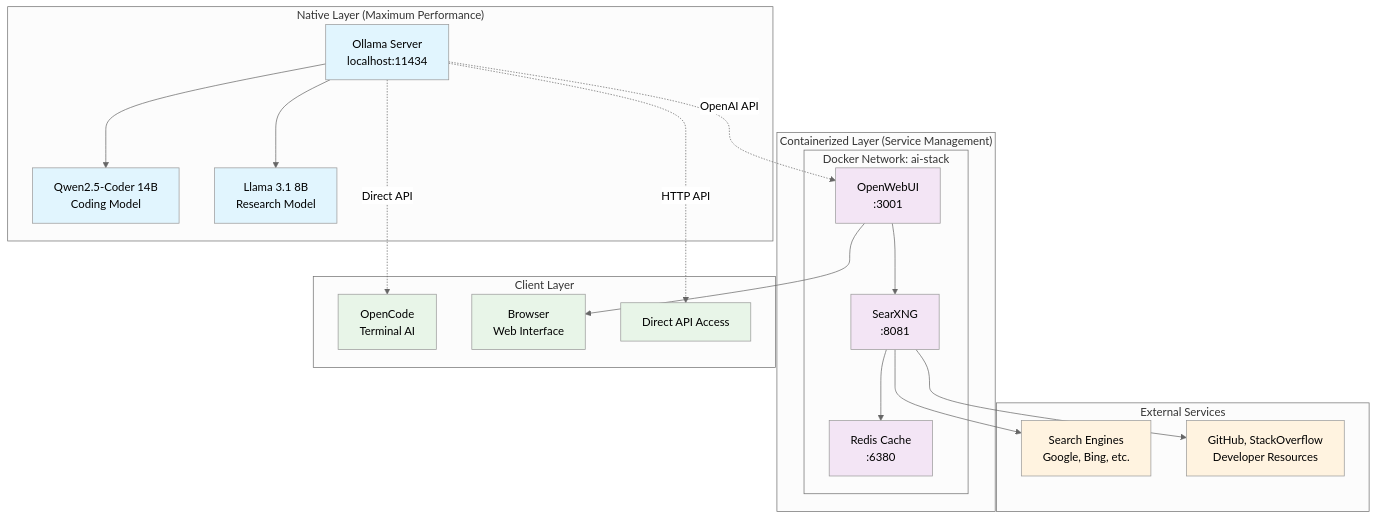
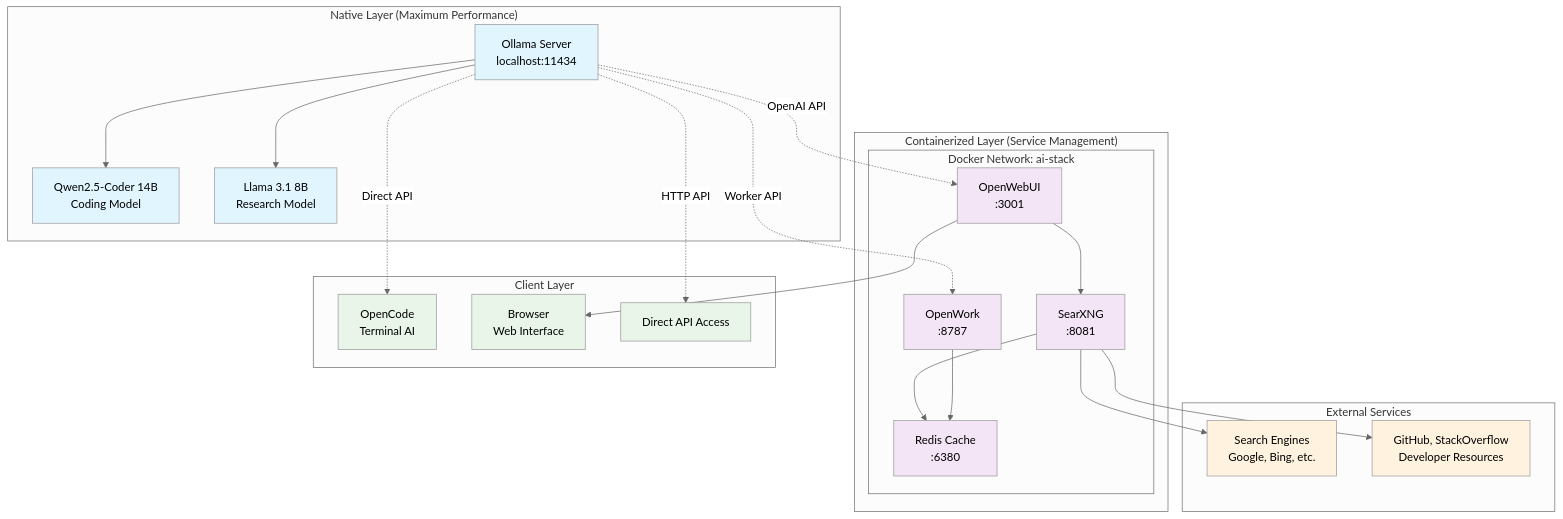
One commit to danielpsf/ai-experiments changed the first of 2 diagrams in docs/ARCHITECTURE.md. Above: the diagram before and after it, drawn with Mermaid (neutral theme). The commit also changed other lines of this file and 2 other files, not shown here.

First line of the commit message:
docs: fix broken README links and enhance architecture documentation

````diff
--- a/docs/ARCHITECTURE.md
+++ b/docs/ARCHITECTURE.md
@@ -9,50 +9,53 @@
 ```mermaid
 graph TB
     subgraph "Native Layer (Maximum Performance)"
         OL[Ollama Server<br/>localhost:11434]
         M1[Qwen2.5-Coder 14B<br/>Coding Model]
         M2[Llama 3.1 8B<br/>Research Model]
         OL --> M1
         OL --> M2
     end
     
     subgraph "Containerized Layer (Service Management)"
         subgraph "Docker Network: ai-stack"
             OW[OpenWebUI<br/>:3001]
             SX[SearXNG<br/>:8081]
+            OWK[OpenWork<br/>:8787]
             RD[Redis Cache<br/>:6380]
             
             OW --> SX
             SX --> RD
+            OWK --> RD
         end
     end
     
     subgraph "Client Layer"
         CR[OpenCode<br/>Terminal AI]
         BR[Browser<br/>Web Interface]
         API[Direct API Access]
     end
     
     OL -.->|OpenAI API| OW
     OL -.->|Direct API| CR
     OL -.->|HTTP API| API
+    OL -.->|Worker API| OWK
     OW --> BR
     
     subgraph "External Services"
         SE[Search Engines<br/>Google, Bing, etc.]
         GH[GitHub, StackOverflow<br/>Developer Resources]
     end
     
     SX --> SE
     SX --> GH
     
     classDef native fill:#e1f5fe
     classDef docker fill:#f3e5f5
     classDef client fill:#e8f5e8
     classDef external fill:#fff3e0
     
     class OL,M1,M2 native
-    class OW,SX,RD docker
+    class OW,SX,RD,OWK docker
     class CR,BR,API client
     class SE,GH external
 ```
````
